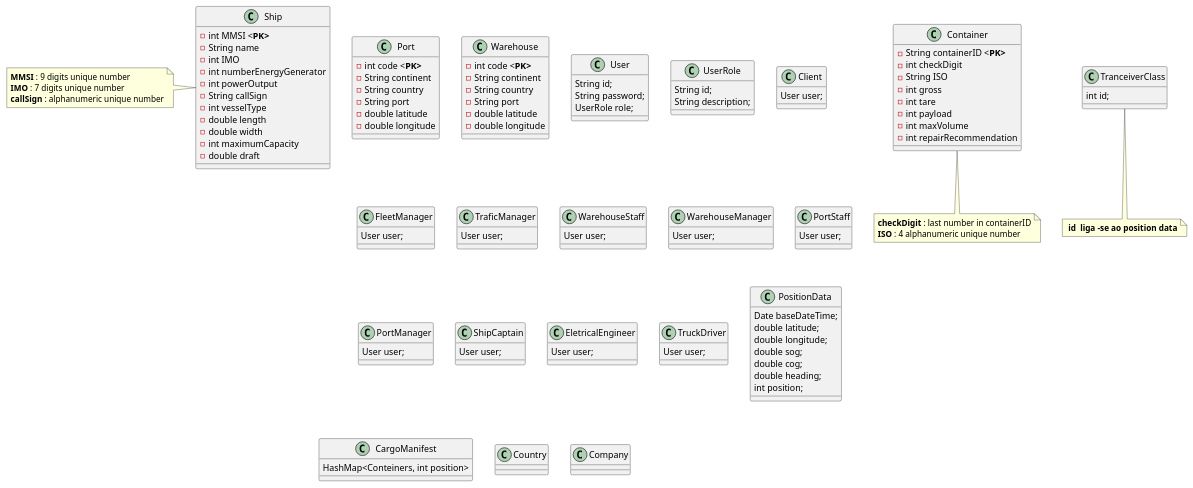
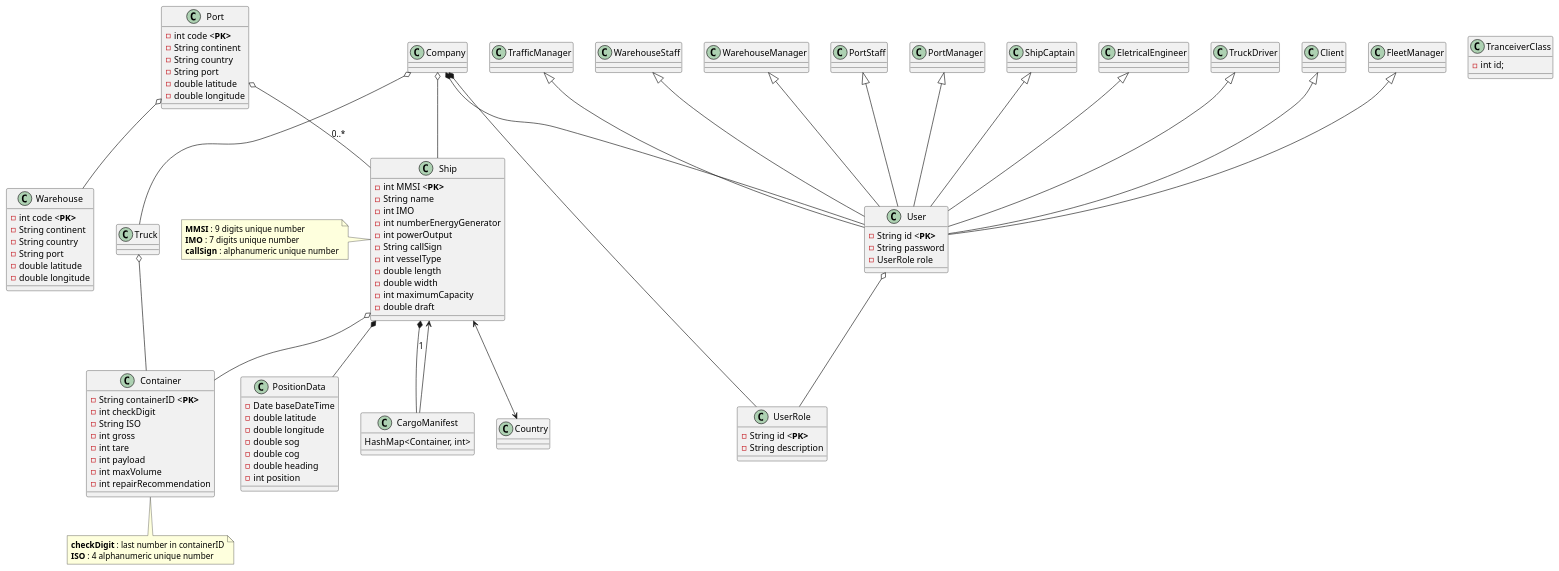
Before and after one commit to LourencoMelo/ISEP-LAPR3-ESINF: the diagram in Docs/Domain Model.puml, drawn with PlantUML.

Commit message:
Domain Model Updated with associations between classes!

```diff
--- a/Docs/Domain Model.puml
+++ b/Docs/Domain Model.puml
@@ -1,136 +1,167 @@
 @startuml
 
 class Ship {
 
     -int MMSI <<b>PK>
     -String name
     -int IMO
     -int numberEnergyGenerator
     -int powerOutput
     -String callSign
     -int vesselType
     -double length
     -double width
     -int maximumCapacity
     -double draft
 }
 
 note left: <b>MMSI</b> : 9 digits unique number\n<b>IMO</b> : 7 digits unique number\n<b>callSign</b> : alphanumeric unique number
 
 
 class Container {
 
     -String containerID <<b>PK>
     -int checkDigit
     -String ISO
     -int gross
     -int tare
     -int payload
     -int maxVolume
     -int repairRecommendation
 
 }
 
 note bottom: <b>checkDigit</b> : last number in containerID\n<b>ISO</b> : 4 alphanumeric unique number
 
 
 class Port {
     -int code <<b>PK>
     -String continent
     -String country
     -String port
     -double latitude
     -double longitude
 
 }
 
 class Warehouse {
     -int code <<b>PK>
     -String continent
     -String country
     -String port
     -double latitude
     -double longitude
 
 }
 
+class Truck{
+}
+
 class User{
-    String id;
-    String password;
-    UserRole role;
+    -String id <<b>PK>
+    -String password
+    -UserRole role
 }
 
 class UserRole{
-    String id;
-    String description;
+    -String id <<b>PK>
+    -String description
 }
 
 class Client{
-    User user;
 }
 
 class FleetManager{
-    User user;
 }
 
-class TraficManager{
-    User user;
+class TrafficManager{
 }
 
 class WarehouseStaff{
-    User user;
 }
 
 class WarehouseManager{
-    User user;
 }
 
 class PortStaff{
-    User user;
 }
 
 class PortManager{
-    User user;
 }
 
 class ShipCaptain{
-    User user;
 }
 
 class EletricalEngineer{
-    User user;
 }
 
 class TruckDriver{
-    User user;
 }
 
 class PositionData{
-    Date baseDateTime;
-    double latitude;
-    double longitude;
-    double sog;
-    double cog;
-    double heading;
-    int position;
+    -Date baseDateTime
+    -double latitude
+    -double longitude
+    -double sog
+    -double cog
+    -double heading
+    -int position
 
 }
 
 class TranceiverClass{
-    int id;
+    -int id;
 }
-note bottom: <b> id <b> liga -se ao position data
+'note bottom: <b> id <b> liga -se ao position data
 
 class CargoManifest{
-    HashMap<Conteiners, int position>
+    HashMap<Container, int>
 }
 
 class Country {
 
 }
 
 class Company {
 
 }
 
+'Inheritance connections
+
+Client <|-- User
+FleetManager <|-- User
+TrafficManager <|-- User
+WarehouseStaff <|-- User
+WarehouseManager <|-- User
+PortStaff <|-- User
+PortManager <|-- User
+ShipCaptain <|-- User
+EletricalEngineer <|-- User
+TruckDriver <|-- User
+
+
+'Aggregation connections
+
+User o-- UserRole
+Ship o-- Container
+Truck o-- Container
+Company o-- Ship
+Company o-- Truck
+Port o-- Ship : 0..*
+Port o-- Warehouse
+
+
+'Composition connections
+
+Company *-- User
+Company *-- UserRole
+Ship *-- CargoManifest : 1
+Ship *-- PositionData
+
+
+'Association connections
+
+CargoManifest --> Ship
+Ship <--> Country
+
 @enduml
```
